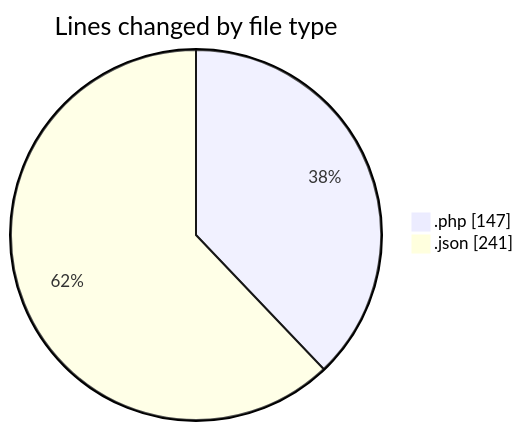
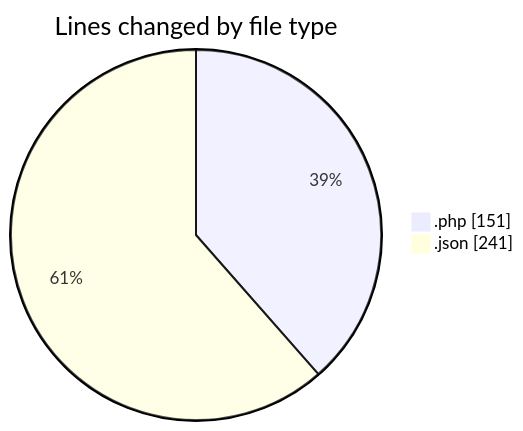
The first of 2 diagrams in 2025-03-29/autodidak/README.md (idhammustaqopulfikri/code-tracking), drawn with Mermaid before and after one commit. The commit also changed other lines of this file and 1 other file, not shown here.

````diff
--- a/2025-03-29/autodidak/README.md
+++ b/2025-03-29/autodidak/README.md
@@ -25,6 +25,6 @@
 ```mermaid
 pie showData
 title Lines changed by file type
-".php" : 147
+".php" : 151
 ".json" : 241
 ```
````
